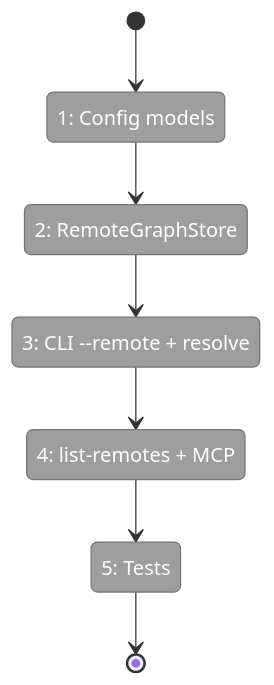
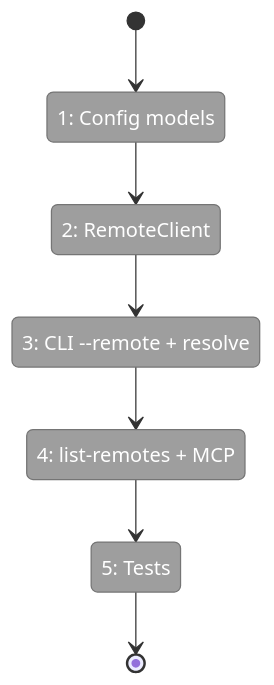
Before and after one commit to AI-Substrate/flow_squared: the first of 2 diagrams in docs/plans/028-server-mode/tasks/phase-5-remote-cli-mcp-bridge/tasks.fltplan.md, drawn with Mermaid. The commit also changed other lines of this file and 11 other files, not shown here.

````diff
--- a/docs/plans/028-server-mode/tasks/phase-5-remote-cli-mcp-bridge/tasks.fltplan.md
+++ b/docs/plans/028-server-mode/tasks/phase-5-remote-cli-mcp-bridge/tasks.fltplan.md
@@ -38,22 +38,22 @@
 ```mermaid
 stateDiagram-v2
     classDef pending fill:#9E9E9E,stroke:#757575,color:#fff
     classDef active fill:#FFC107,stroke:#FFA000,color:#000
     classDef done fill:#4CAF50,stroke:#388E3C,color:#fff
     classDef blocked fill:#F44336,stroke:#D32F2F,color:#fff
 
     state "1: Config models" as S1
-    state "2: RemoteGraphStore" as S2
+    state "2: RemoteClient" as S2
     state "3: CLI --remote + resolve" as S3
     state "4: list-remotes + MCP" as S4
     state "5: Tests" as S5
 
     [*] --> S1
     S1 --> S2
     S2 --> S3
     S3 --> S4
     S4 --> S5
     S5 --> [*]
 
     class S1,S2,S3,S4,S5 pending
 ```
````
